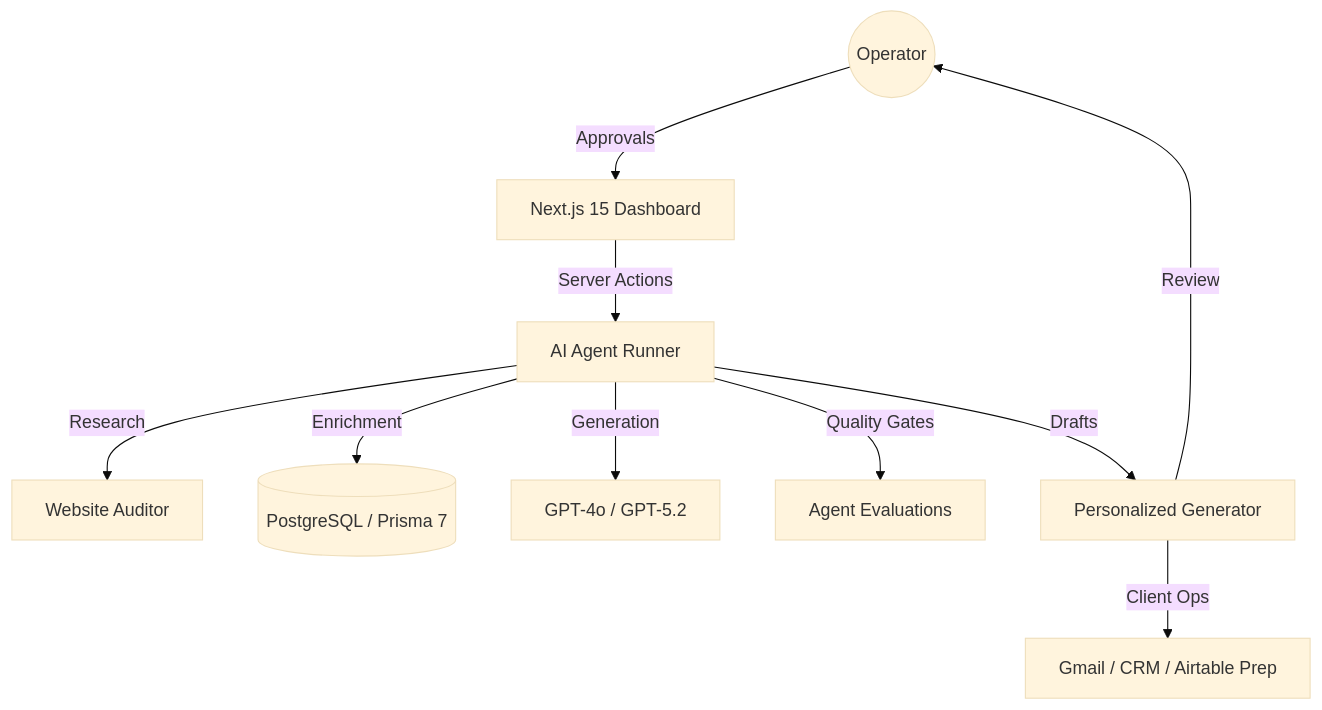
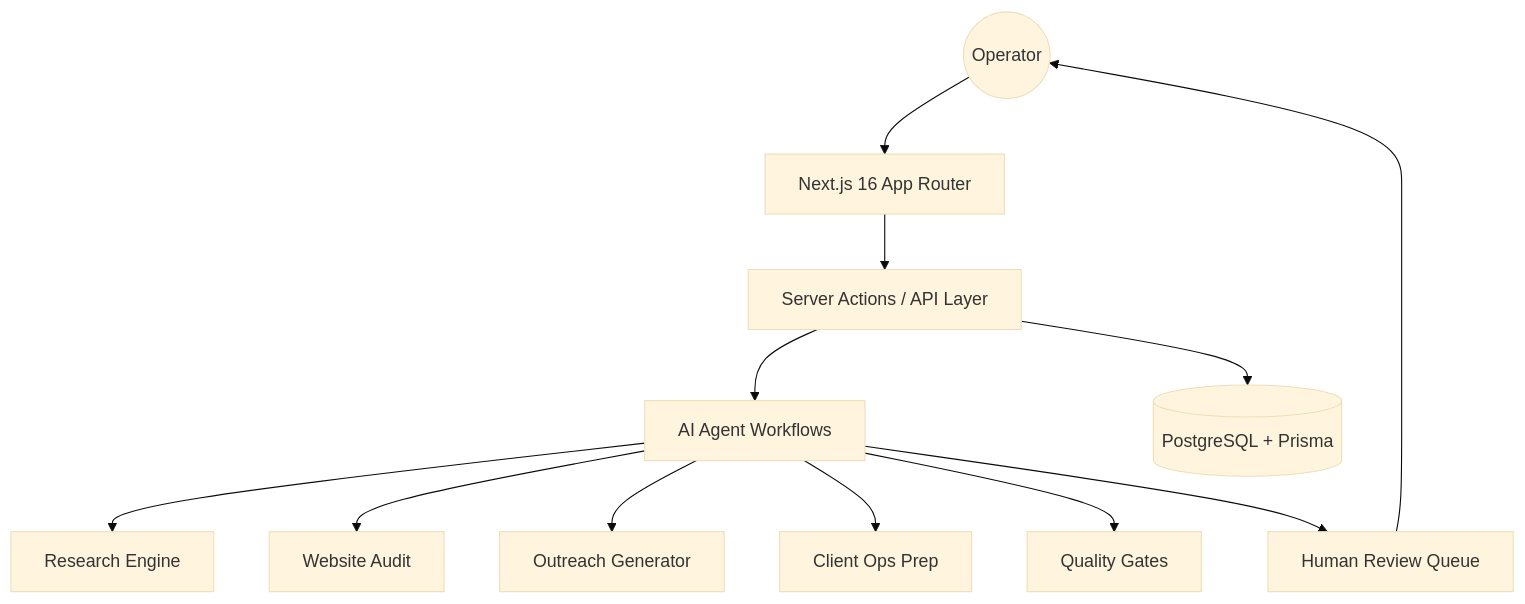
One commit to karandangi123/leadforge-ai changed the diagram in README.md. Above: the diagram before and after it, drawn with Mermaid (base theme). The commit also changed other lines of this file, not shown here.

````diff
--- a/README.md
+++ b/README.md
@@ -56,12 +101,14 @@
 ```mermaid
 graph TD
-    User((Operator)) -->|Approvals| Dashboard[Next.js 15 Dashboard]
-    Dashboard -->|Server Actions| AgentRunner[AI Agent Runner]
-    AgentRunner -->|Research| WebScraper[Website Auditor]
-    AgentRunner -->|Enrichment| DB[(PostgreSQL / Prisma 7)]
-    AgentRunner -->|Generation| OpenAI[GPT-4o / GPT-5.2]
-    AgentRunner -->|Quality Gates| Evals[Agent Evaluations]
-    AgentRunner -->|Drafts| Outreach[Personalized Generator]
-    Outreach -->|Client Ops| Integrations[Gmail / CRM / Airtable Prep]
-    Outreach -->|Review| User
+    User((Operator)) --> UI[Next.js 16 App Router]
+    UI --> Actions[Server Actions / API Layer]
+    Actions --> Agents[AI Agent Workflows]
+    Actions --> DB[(PostgreSQL + Prisma)]
+    Agents --> Research[Research Engine]
+    Agents --> Audit[Website Audit]
+    Agents --> Drafts[Outreach Generator]
+    Agents --> Ops[Client Ops Prep]
+    Agents --> Evals[Quality Gates]
+    Agents --> Approvals[Human Review Queue]
+    Approvals --> User
 ```
````
